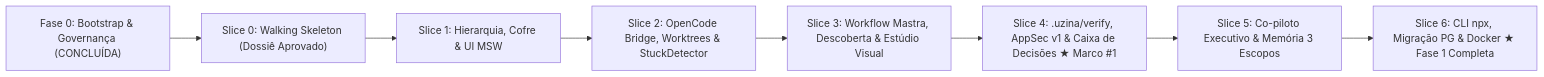
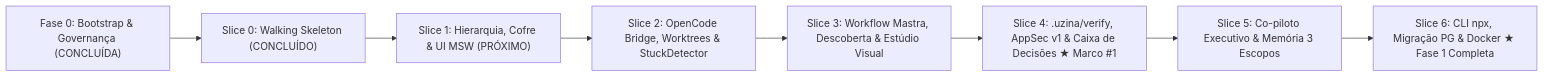
The diagram in docs/status/ROADMAP_STATUS.md (Matheus-Gama-deluna/uzina-studio), drawn with Mermaid before and after one commit. The commit also changed other lines of this file and 53 other files, not shown here.

Commit message:
feat(slice-00): implementa walking skeleton do Uzina Studio com PGlite dual-mode, Better Auth e health check

````diff
--- a/docs/status/ROADMAP_STATUS.md
+++ b/docs/status/ROADMAP_STATUS.md
@@ -9,10 +9,10 @@
 ```mermaid
 flowchart LR
-    F0["Fase 0: Bootstrap & Governança (CONCLUÍDA)"] --> S0["Slice 0: Walking Skeleton (Dossiê Aprovado)"]
-    S0 --> S1["Slice 1: Hierarquia, Cofre & UI MSW"]
+    F0["Fase 0: Bootstrap & Governança (CONCLUÍDA)"] --> S0["Slice 0: Walking Skeleton (CONCLUÍDO)"]
+    S0 --> S1["Slice 1: Hierarquia, Cofre & UI MSW (PRÓXIMO)"]
     S1 --> S2["Slice 2: OpenCode Bridge, Worktrees & StuckDetector"]
     S2 --> S3["Slice 3: Workflow Mastra, Descoberta & Estúdio Visual"]
     S3 --> S4["Slice 4: .uzina/verify, AppSec v1 & Caixa de Decisões ★ Marco #1"]
     S4 --> S5["Slice 5: Co-piloto Executivo & Memória 3 Escopos"]
     S5 --> S6["Slice 6: CLI npx, Migração PG & Docker ★ Fase 1 Completa"]
 ```
````
